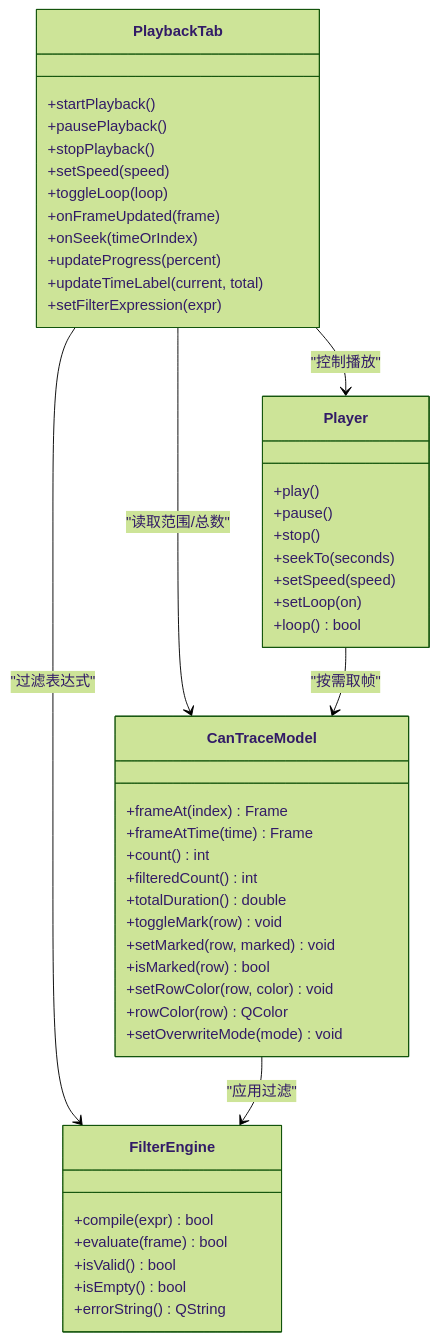
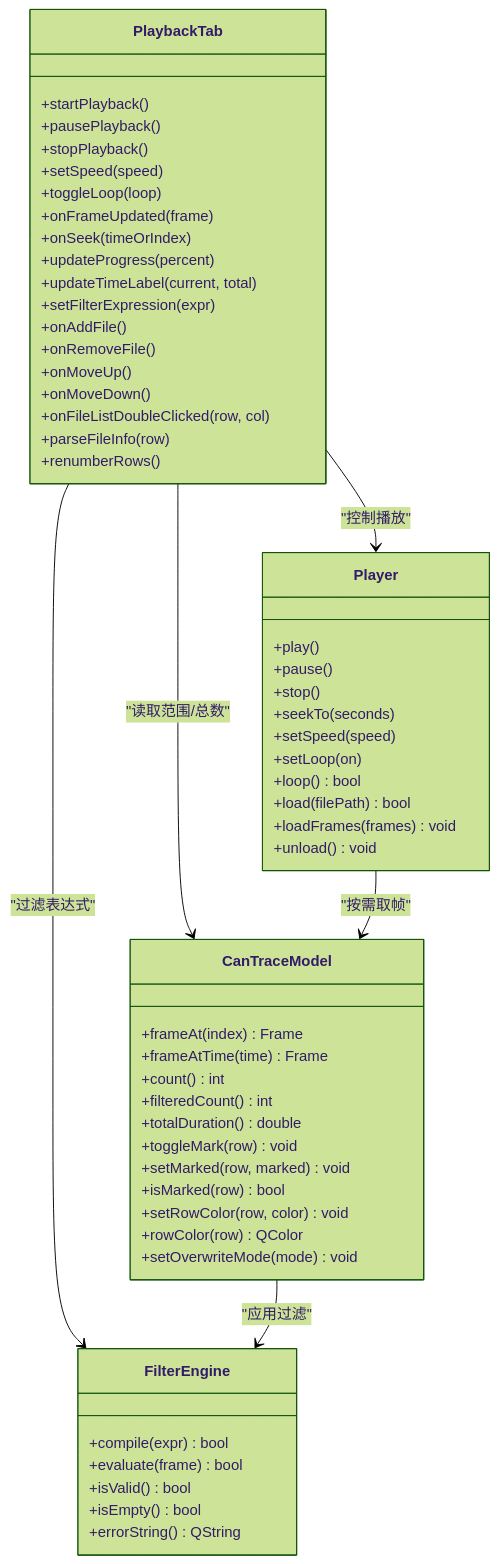
The third of 7 diagrams in .qoder/repowiki/zh/content/架构设计/UI系统设计/播放控制Tab组件.md (jakecai1225-design/OpenBus), drawn with Mermaid (forest theme) before and after one commit. The commit also changed other lines of this file and 15 other files, not shown here.

````diff
--- a/.qoder/repowiki/zh/content/架构设计/UI系统设计/播放控制Tab组件.md
+++ b/.qoder/repowiki/zh/content/架构设计/UI系统设计/播放控制Tab组件.md
@@ -186,49 +204,59 @@
 ```mermaid
 classDiagram
 class PlaybackTab {
 +startPlayback()
 +pausePlayback()
 +stopPlayback()
 +setSpeed(speed)
 +toggleLoop(loop)
 +onFrameUpdated(frame)
 +onSeek(timeOrIndex)
 +updateProgress(percent)
 +updateTimeLabel(current, total)
 +setFilterExpression(expr)
++onAddFile()
++onRemoveFile()
++onMoveUp()
++onMoveDown()
++onFileListDoubleClicked(row, col)
++parseFileInfo(row)
++renumberRows()
 }
 class CanTraceModel {
 +frameAt(index) Frame
 +frameAtTime(time) Frame
 +count() int
 +filteredCount() int
 +totalDuration() double
 +toggleMark(row) void
 +setMarked(row, marked) void
 +isMarked(row) bool
 +setRowColor(row, color) void
 +rowColor(row) QColor
 +setOverwriteMode(mode) void
 }
 class FilterEngine {
 +compile(expr) bool
 +evaluate(frame) bool
 +isValid() bool
 +isEmpty() bool
 +errorString() QString
 }
 class Player {
 +play()
 +pause()
 +stop()
 +seekTo(seconds)
 +setSpeed(speed)
 +setLoop(on)
 +loop() bool
++load(filePath) bool
++loadFrames(frames) void
++unload() void
 }
 PlaybackTab --> Player : "控制播放"
 PlaybackTab --> CanTraceModel : "读取范围/总数"
 PlaybackTab --> FilterEngine : "过滤表达式"
 Player --> CanTraceModel : "按需取帧"
 CanTraceModel --> FilterEngine : "应用过滤"
 ```
````
